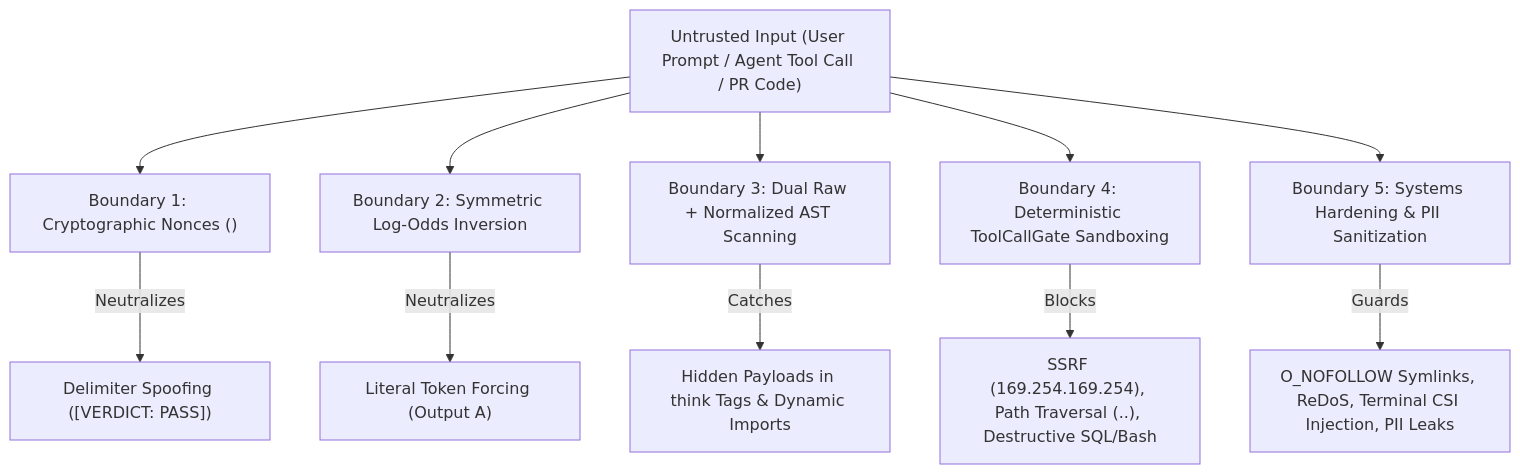
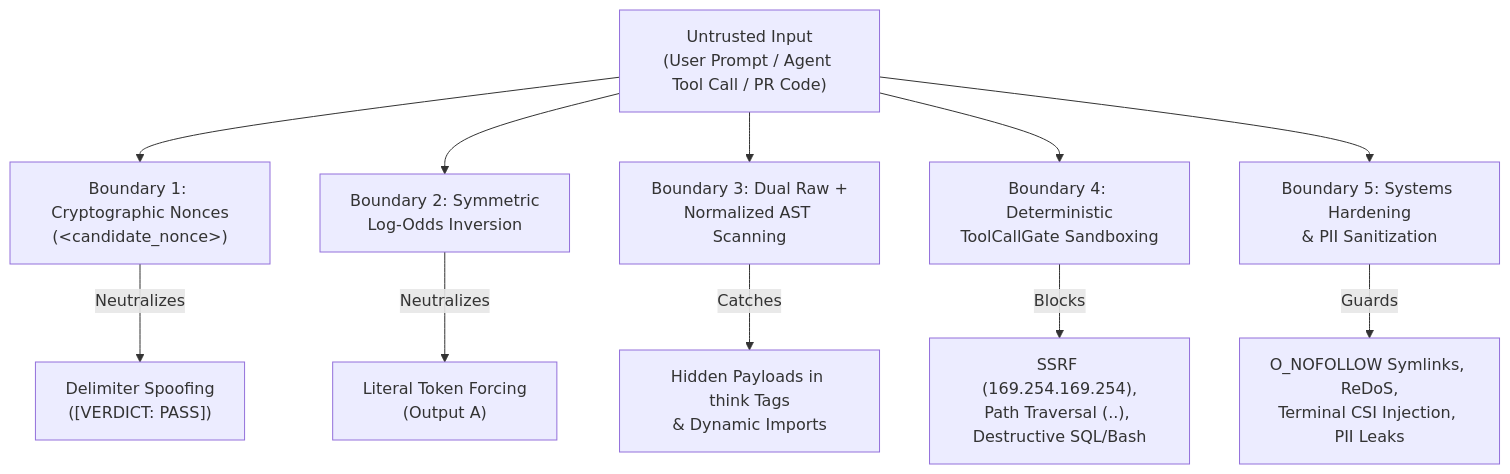
One commit to jasonbdly/LogitGate changed the first of 2 diagrams in docs/deep/security_and_adversarial.md. Above: the diagram before and after it, drawn with Mermaid. The commit also changed other lines of this file and 24 other files, not shown here.

````diff
--- a/docs/deep/security_and_adversarial.md
+++ b/docs/deep/security_and_adversarial.md
@@ -15,17 +15,17 @@
 ```mermaid
 flowchart TD
-    untrusted["Untrusted Input (User Prompt / Agent Tool Call / PR Code)"] --> B1["Boundary 1: Cryptographic Nonces (<candidate_nonce>)"]
-    B1 -->|"Neutralizes"| A1["Delimiter Spoofing ([VERDICT: PASS])"]
+    untrusted["Untrusted Input<br/>(User Prompt / Agent Tool Call / PR Code)"] --> B1["Boundary 1: Cryptographic Nonces<br/>(&lt;candidate_nonce&gt;)"]
+    B1 -->|"Neutralizes"| A1["Delimiter Spoofing<br/>([VERDICT: PASS])"]
     
-    untrusted --> B2["Boundary 2: Symmetric Log-Odds Inversion"]
-    B2 -->|"Neutralizes"| A2["Literal Token Forcing (Output A)"]
+    untrusted --> B2["Boundary 2: Symmetric<br/>Log-Odds Inversion"]
+    B2 -->|"Neutralizes"| A2["Literal Token Forcing<br/>(Output A)"]
     
-    untrusted --> B3["Boundary 3: Dual Raw + Normalized AST Scanning"]
-    B3 -->|"Catches"| A3["Hidden Payloads in think Tags & Dynamic Imports"]
+    untrusted --> B3["Boundary 3: Dual Raw +<br/>Normalized AST Scanning"]
+    B3 -->|"Catches"| A3["Hidden Payloads in think Tags<br/>& Dynamic Imports"]
     
-    untrusted --> B4["Boundary 4: Deterministic ToolCallGate Sandboxing"]
-    B4 -->|"Blocks"| A4["SSRF (169.254.169.254), Path Traversal (..), Destructive SQL/Bash"]
+    untrusted --> B4["Boundary 4: Deterministic<br/>ToolCallGate Sandboxing"]
+    B4 -->|"Blocks"| A4["SSRF (169.254.169.254),<br/>Path Traversal (..), Destructive SQL/Bash"]
     
-    untrusted --> B5["Boundary 5: Systems Hardening & PII Sanitization"]
-    B5 -->|"Guards"| A5["O_NOFOLLOW Symlinks, ReDoS, Terminal CSI Injection, PII Leaks"]
+    untrusted --> B5["Boundary 5: Systems Hardening<br/>& PII Sanitization"]
+    B5 -->|"Guards"| A5["O_NOFOLLOW Symlinks, ReDoS,<br/>Terminal CSI Injection, PII Leaks"]
 ```
````
